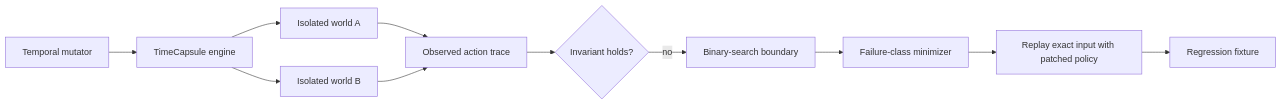
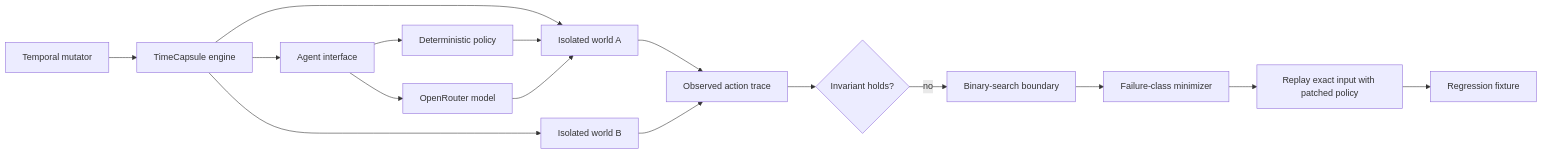
One commit to qeinstein/solari-cookbook changed the diagram in README.md. Above: the diagram before and after it, drawn with Mermaid. The commit also changed other lines of this file and 18 other files, not shown here.

Commit message:
Add optional OpenRouter model agent

````diff
--- a/README.md
+++ b/README.md
@@ -98,13 +99,18 @@
 ```mermaid
 flowchart LR
   G[Temporal mutator] --> O[TimeCapsule engine]
   O --> W1[Isolated world A]
   O --> W2[Isolated world B]
   W1 --> T[Observed action trace]
   W2 --> T
   T --> I{Invariant holds?}
   I -- no --> B[Binary-search boundary]
   B --> M[Failure-class minimizer]
   M --> R[Replay exact input with patched policy]
   R --> X[Regression fixture]
+  O --> A[Agent interface]
+  A --> P[Deterministic policy]
+  A --> L[OpenRouter model]
+  P --> W1
+  L --> W1
 ```
````
